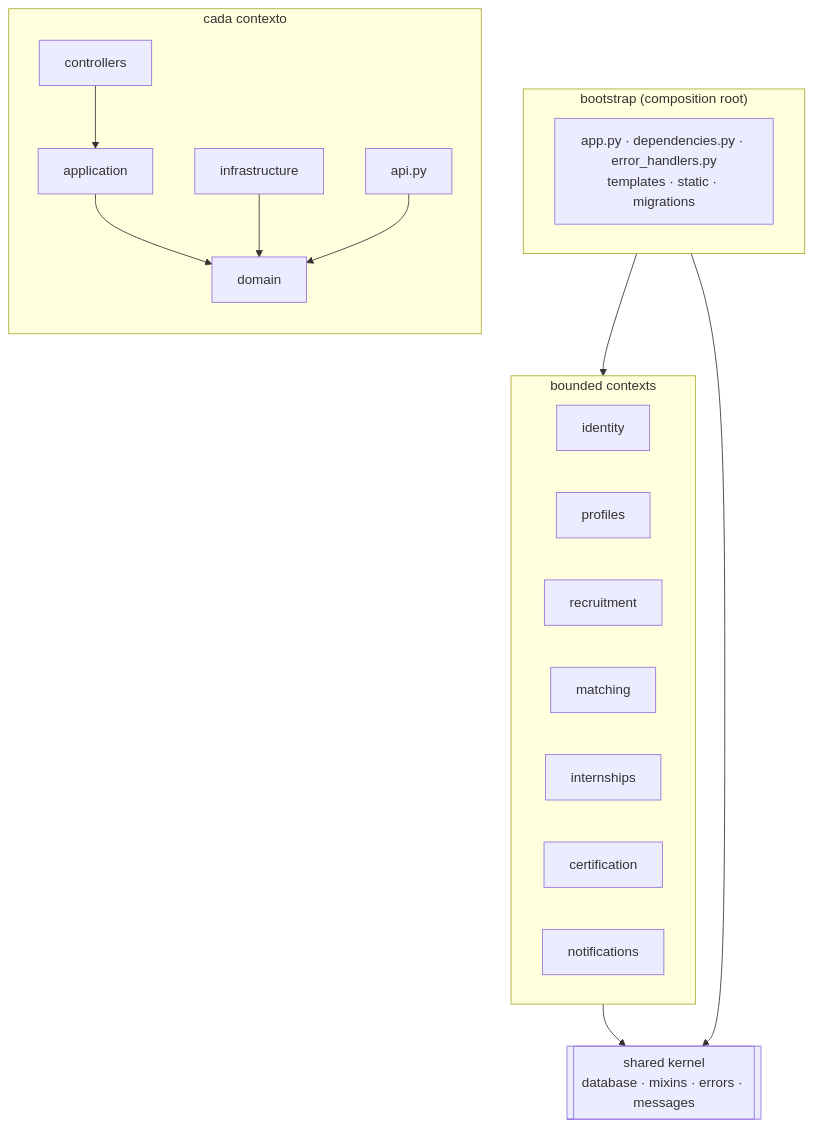
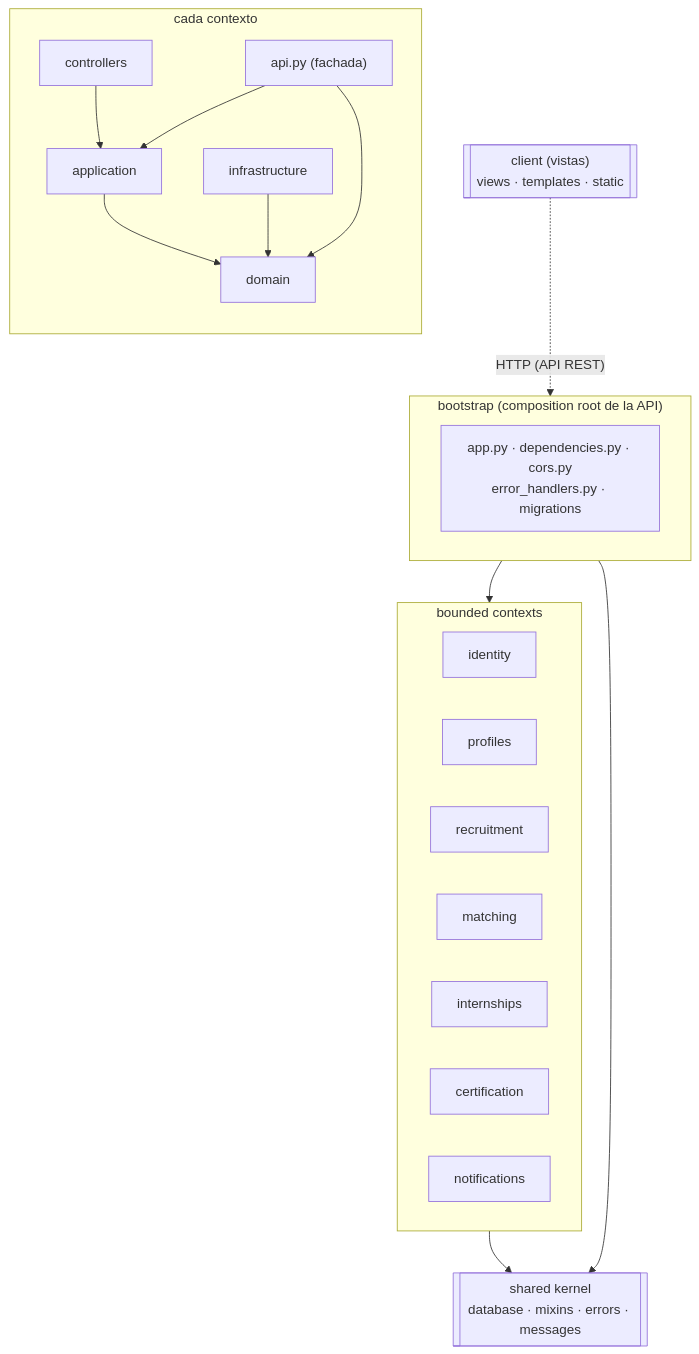
Before and after one commit to MoisesCcaso/ChambeaYa: the second of 3 diagrams in README.md, drawn with Mermaid. The commit also changed other lines of this file and 2 other files, not shown here.

Commit message:
test(architecture): verificar fachadas, controladores y separación cliente/API; docs del monolito modular

````diff
--- a/README.md
+++ b/README.md
@@ -438,27 +472,30 @@
 ```mermaid
 flowchart TB
-    subgraph bootstrap["bootstrap (composition root)"]
-        app["app.py · dependencies.py · error_handlers.py<br/>templates · static · migrations"]
+    client[["client (vistas)<br/>views · templates · static"]]
+    subgraph bootstrap["bootstrap (composition root de la API)"]
+        app["app.py · dependencies.py · cors.py<br/>error_handlers.py · migrations"]
     end
     subgraph contexts["bounded contexts"]
         direction LR
         identity["identity"]
         profiles["profiles"]
         recruitment["recruitment"]
         matching["matching"]
         internships["internships"]
         certification["certification"]
         notifications["notifications"]
     end
     subgraph ctx["cada contexto"]
         direction TB
         controllers["controllers"] --> application["application"] --> domain["domain"]
         infrastructure["infrastructure"] --> domain
-        api["api.py"] --> domain
+        api["api.py (fachada)"] --> application
+        api --> domain
     end
     shared[["shared kernel<br/>database · mixins · errors · messages"]]
 
     bootstrap --> contexts
     contexts --> shared
     bootstrap --> shared
+    client -. "HTTP (API REST)" .-> bootstrap
 ```
````
